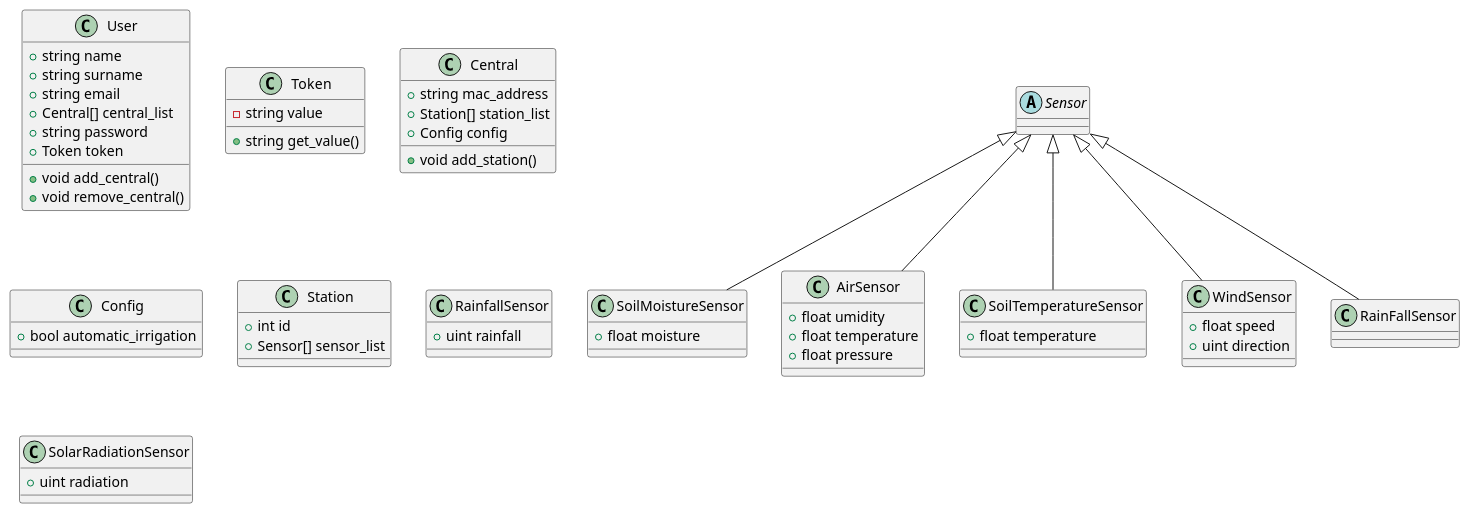
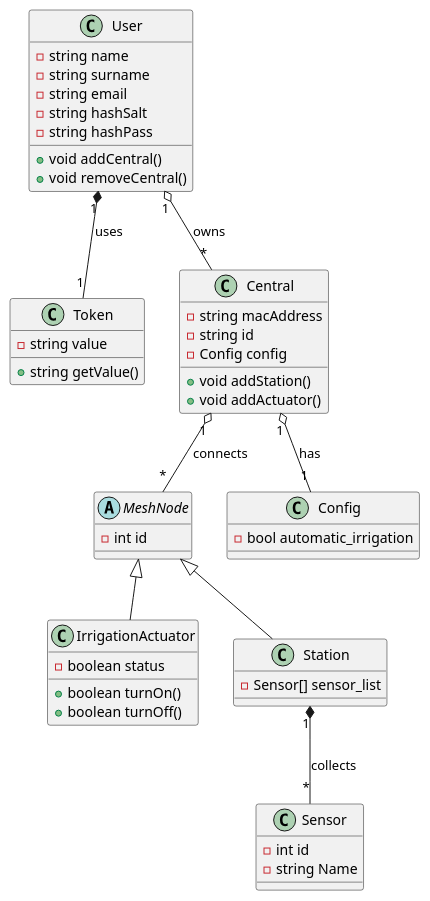
One commit to ricc-project/docs changed the diagram in diagrams/class/server.wsd. Above: the diagram before and after it, drawn with PlantUML. The commit also changed 1 other file, not shown here.

```diff
--- a/diagrams/class/server.wsd
+++ b/diagrams/class/server.wsd
@@ -1,72 +1,53 @@
 @startuml server
 
 class User {
-    + string name
-    + string surname
-    + string email
-    + Central[] central_list
-    + string password
-    + Token token
-    + void add_central()
-    + void remove_central()
+    - string name
+    - string surname
+    - string email
+    - string hashSalt
+    - string hashPass
+    + void addCentral()
+    + void removeCentral()
 }
 
 class Token {
     - string value
-    + string get_value()
+    + string getValue()
 }
 
 class Central {
-    + string mac_address
-    + Station[] station_list
-    + Config config
-    + void add_station()
+    - string macAddress
+    - string id
+    - Config config
+    + void addStation()
+    + void addActuator()
 }
-
+abstract class MeshNode{
+    - int id
+}
+class IrrigationActuator{
+    - boolean status
+    + boolean turnOn()
+    + boolean turnOff()
+}
 class Config {
-    + bool automatic_irrigation
+    - bool automatic_irrigation
 }
 
 class Station {
-    + int id
-    + Sensor[] sensor_list
+    - Sensor[] sensor_list
 }
 
-abstract class Sensor {
-
+class Sensor {
+    - int id
+    - string Name
 }
 
-class SoilMoistureSensor {
-    + float moisture
-}
-
-class AirSensor {
-    + float umidity
-    + float temperature
-    + float pressure
-}
-
-class SoilTemperatureSensor {
-    + float temperature
-}
-
-class WindSensor {
-    + float speed
-    + uint direction
-}
-
-class RainfallSensor {
-    + uint rainfall
-}
-
-class SolarRadiationSensor {
-    + uint radiation
-}
-
-Sensor <|-- SoilMoistureSensor
-Sensor <|-- AirSensor
-Sensor <|-- SoilTemperatureSensor
-Sensor <|-- WindSensor
-Sensor <|-- RainFallSensor
-
+Central "1" o-- "1" Config : has
+User "1" *-- "1" Token : uses
+User "1" o-- "*" Central : owns
+Central "1" o-- "*" MeshNode : connects
+Station "1" *-- "*" Sensor : collects 
+MeshNode <|-- Station
+MeshNode <|-- IrrigationActuator
 @enduml
```
